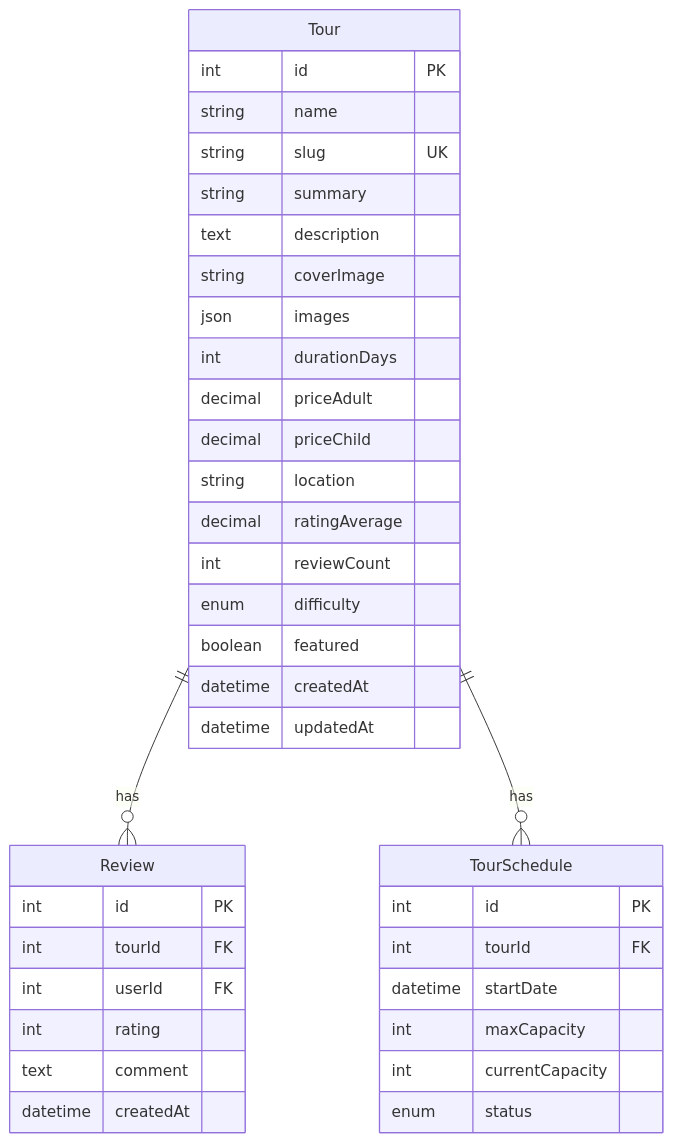
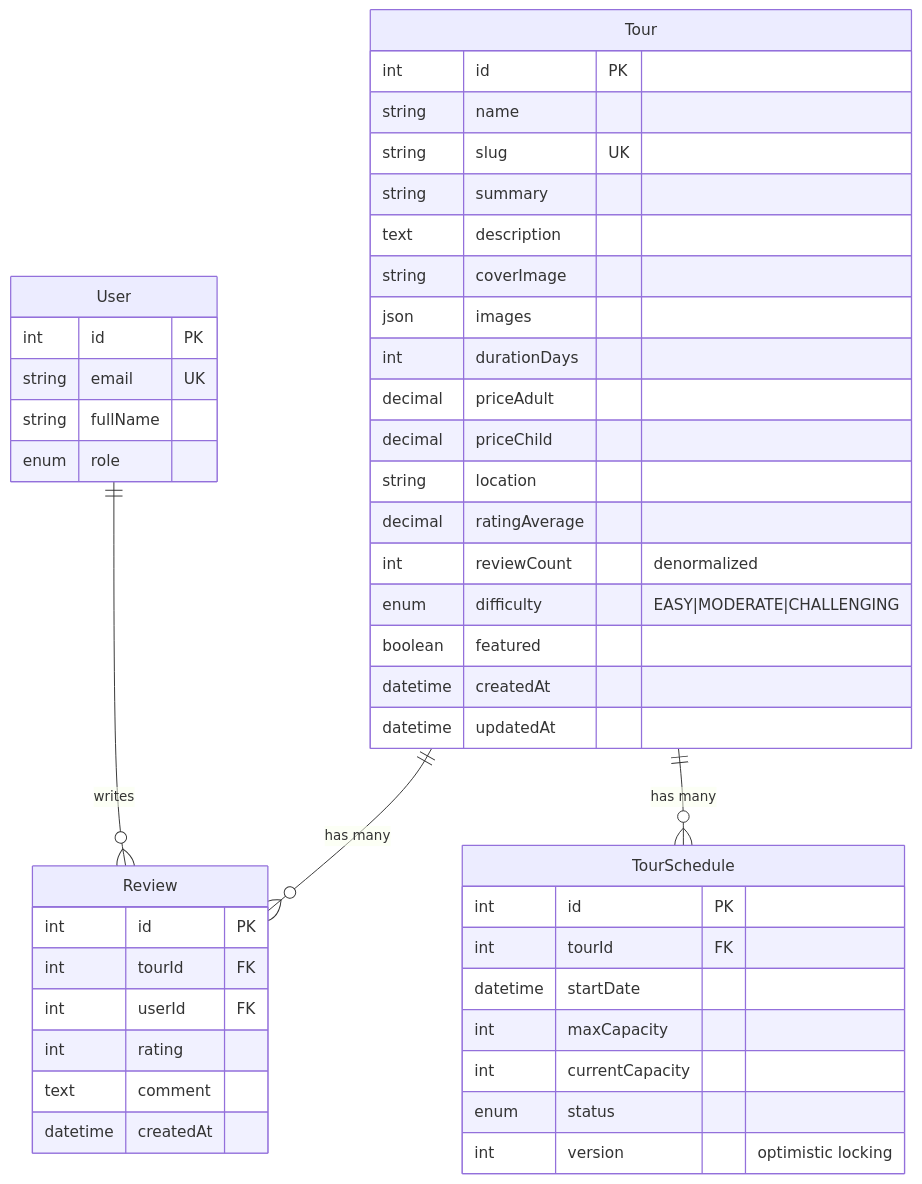
Before and after one commit to Trungkien2/booking_tour: the first of 6 diagrams in docs/screens/tours-overview/tdd-tours-overview.md, drawn with Mermaid. The commit also changed other lines of this file and 59 other files, not shown here.

````diff
--- a/docs/screens/tours-overview/tdd-tours-overview.md
+++ b/docs/screens/tours-overview/tdd-tours-overview.md
@@ -130,43 +219,52 @@
 ```mermaid
 erDiagram
+    Tour ||--o{ Review : "has many"
+    Tour ||--o{ TourSchedule : "has many"
+    User ||--o{ Review : "writes"
+    
     Tour {
         int id PK
         string name
         string slug UK
         string summary
         text description
         string coverImage
         json images
         int durationDays
         decimal priceAdult
         decimal priceChild
         string location
         decimal ratingAverage
-        int reviewCount
-        enum difficulty
+        int reviewCount "denormalized"
+        enum difficulty "EASY|MODERATE|CHALLENGING"
         boolean featured
         datetime createdAt
         datetime updatedAt
     }
     
     Review {
         int id PK
         int tourId FK
         int userId FK
         int rating
         text comment
         datetime createdAt
     }
     
     TourSchedule {
         int id PK
         int tourId FK
         datetime startDate
         int maxCapacity
         int currentCapacity
         enum status
+        int version "optimistic locking"
     }
     
-    Tour ||--o{ Review : has
-    Tour ||--o{ TourSchedule : has
+    User {
+        int id PK
+        string email UK
+        string fullName
+        enum role
+    }
 ```
````
